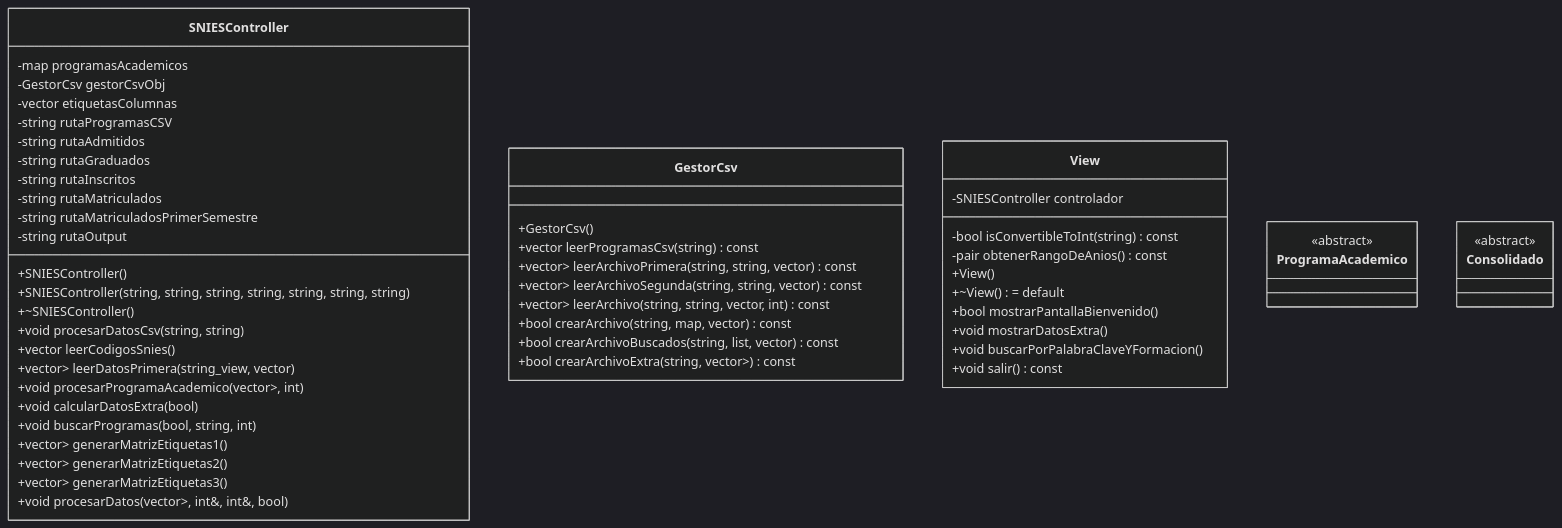
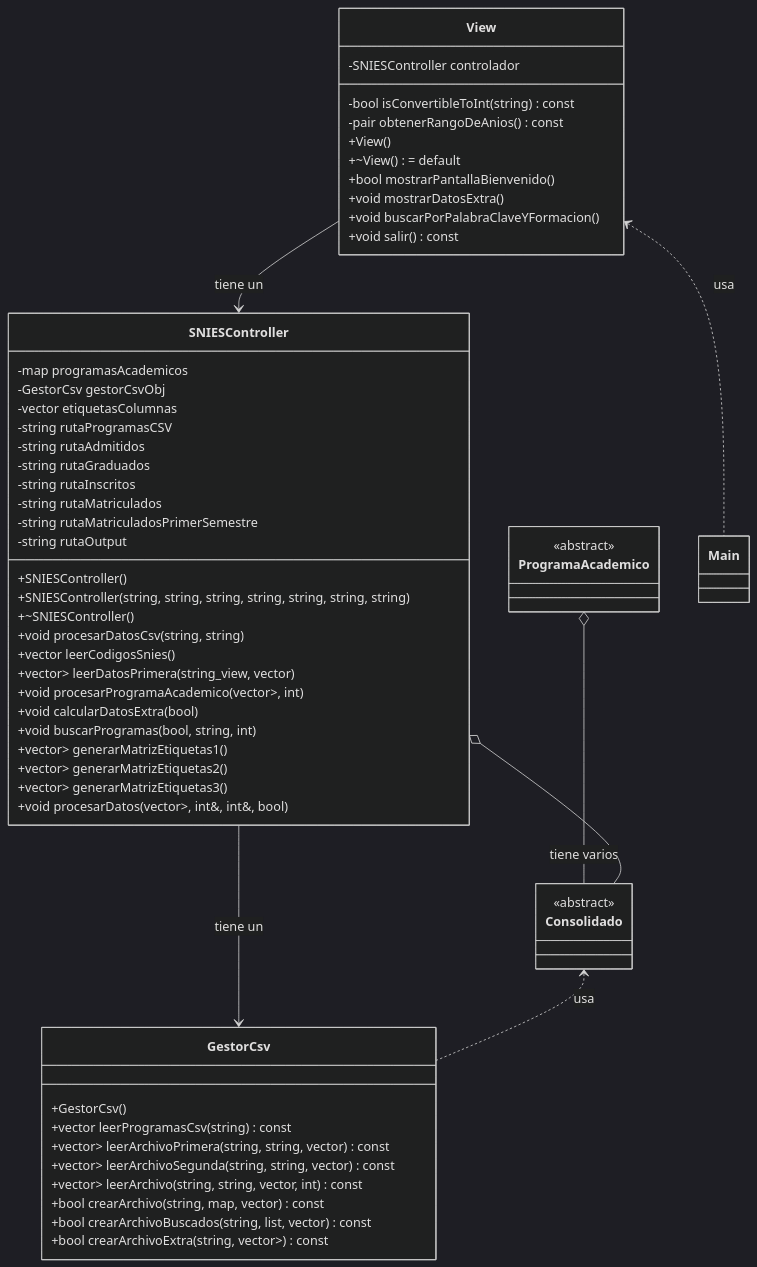
The diagram in README.md (300CIS017-Object-Oriented-Programming/proyecto-2-snies-extractor-sniesbio), drawn with Mermaid (dark theme) before and after one commit.

````diff
--- a/README.md
+++ b/README.md
@@ -50,61 +50,66 @@
 ```mermaid
 classDiagram
     class SNIESController {
         -map<int, ProgramaAcademico*> programasAcademicos
         -GestorCsv gestorCsvObj
         -vector<string> etiquetasColumnas
         -string rutaProgramasCSV
         -string rutaAdmitidos
         -string rutaGraduados
         -string rutaInscritos
         -string rutaMatriculados
         -string rutaMatriculadosPrimerSemestre
         -string rutaOutput
         +SNIESController()
         +SNIESController(string, string, string, string, string, string, string)
         +~SNIESController()
         +void procesarDatosCsv(string, string)
         +vector<int> leerCodigosSnies()
         +vector<vector<string>> leerDatosPrimera(string_view, vector<int>)
         +void procesarProgramaAcademico(vector<vector<string>>, int)
         +void calcularDatosExtra(bool)
         +void buscarProgramas(bool, string, int)
         +vector<vector<string>> generarMatrizEtiquetas1()
         +vector<vector<string>> generarMatrizEtiquetas2()
         +vector<vector<string>> generarMatrizEtiquetas3()
         +void procesarDatos(vector<vector<string>>, int&, int&, bool)
     }
 
     class GestorCsv {
         +GestorCsv()
         +vector<int> leerProgramasCsv(string) const
         +vector<vector<string>> leerArchivoPrimera(string, string, vector<int>) const
         +vector<vector<string>> leerArchivoSegunda(string, string, vector<int>) const
         +vector<vector<string>> leerArchivo(string, string, vector<int>, int) const
         +bool crearArchivo(string, map<int, ProgramaAcademico*>, vector<string>) const
         +bool crearArchivoBuscados(string, list<ProgramaAcademico*>, vector<string>) const
         +bool crearArchivoExtra(string, vector<vector<string>>) const
     }
 
     class View {
         -SNIESController controlador
         -bool isConvertibleToInt(string) const
         -pair<string, string> obtenerRangoDeAnios() const
         +View()
         +~View() = default
         +bool mostrarPantallaBienvenido()
         +void mostrarDatosExtra()
         +void buscarPorPalabraClaveYFormacion()
         +void salir() const
     }
 
     class ProgramaAcademico {
         <<abstract>>
     }
 
     class Consolidado {
         <<abstract>>
     }
-
+ProgramaAcademico o-- Consolidado : tiene varios
+View <.. Main : usa
+View --> SNIESController : tiene un
+SNIESController --> GestorCsv: tiene un
+SNIESController o-- Consolidado
+Consolidado <.. GestorCsv: usa
    
 ```
````
